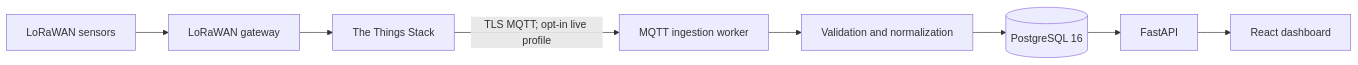
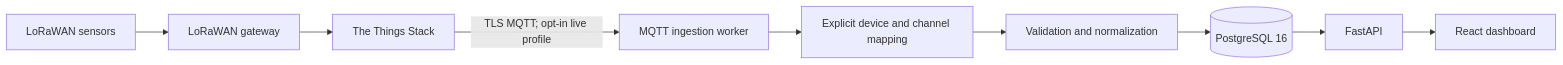
One commit to QAQ66-DU/rain-garden-dashboard changed the diagram in README.md. Above: the diagram before and after it, drawn with Mermaid. The commit also changed other lines of this file and 5 other files, not shown here.

````diff
--- a/README.md
+++ b/README.md
@@ -13,10 +13,11 @@
 ```mermaid
 flowchart LR
     Sensors[LoRaWAN sensors] --> Gateway[LoRaWAN gateway]
     Gateway --> TTN[The Things Stack]
     TTN -->|TLS MQTT; opt-in live profile| Worker[MQTT ingestion worker]
-    Worker --> Normalise[Validation and normalization]
+    Worker --> Map[Explicit device and channel mapping]
+    Map --> Normalise[Validation and normalization]
     Normalise --> DB[(PostgreSQL 16)]
     DB --> API[FastAPI]
     API --> UI[React dashboard]
 ```
````
